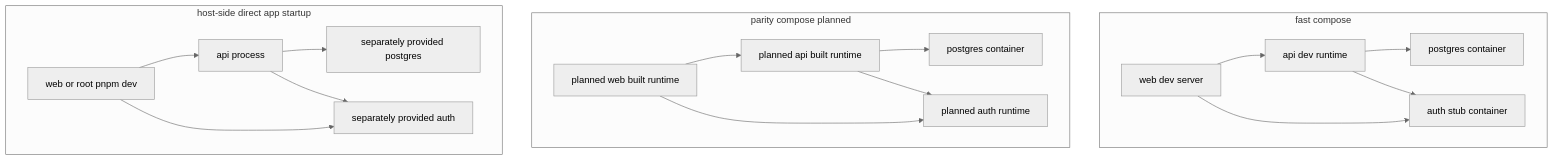
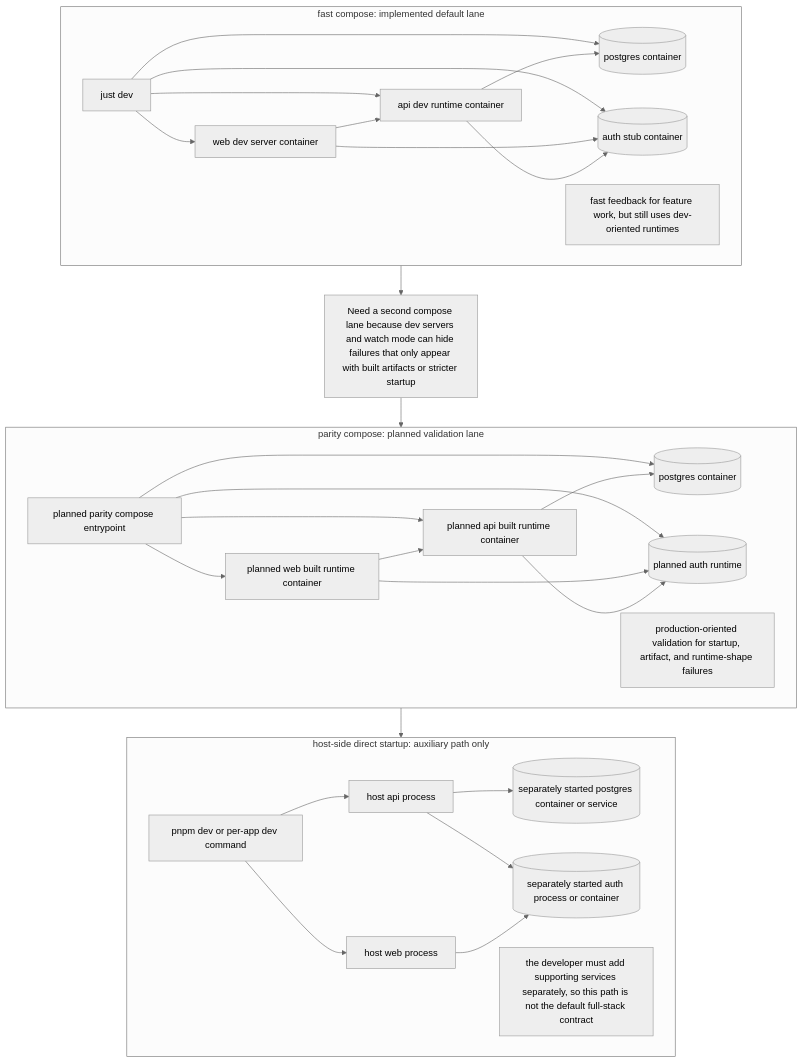
The diagram in docs/platform/local-execution-modes.md (focusbuddy-dev/focusbuddy), drawn with Mermaid (neutral theme) before and after one commit. The commit also changed other lines of this file and 1 other file, not shown here.

Commit message:
docs: clarify fast and parity lane guidance refs #111

````diff
--- a/docs/platform/local-execution-modes.md
+++ b/docs/platform/local-execution-modes.md
@@ -51,35 +65,58 @@
 ```mermaid
-flowchart TD
-    subgraph FC[fast compose]
-        FC_WEB[web dev server]
-        FC_API[api dev runtime]
-        FC_DB[postgres container]
-        FC_AUTH[auth stub container]
+flowchart TB
+    subgraph FC[fast compose: implemented default lane]
+        FC_ENTRY[just dev]
+        FC_WEB[web dev server container]
+        FC_API[api dev runtime container]
+        FC_DB[(postgres container)]
+        FC_AUTH[(auth stub container)]
+        FC_ENTRY --> FC_WEB
+        FC_ENTRY --> FC_API
+        FC_ENTRY --> FC_DB
+        FC_ENTRY --> FC_AUTH
         FC_WEB --> FC_API
         FC_API --> FC_DB
         FC_WEB --> FC_AUTH
         FC_API --> FC_AUTH
+        FC_NOTE[fast feedback for feature work, but still uses dev-oriented runtimes]
     end
 
-    subgraph PC[parity compose planned]
-        PC_WEB[planned web built runtime]
-        PC_API[planned api built runtime]
-        PC_DB[postgres container]
-        PC_AUTH[planned auth runtime]
+    FC --> GAP
+
+    GAP[Need a second compose lane because dev servers and watch mode can hide failures that only appear with built artifacts or stricter startup]
+
+    GAP --> PC
+
+    subgraph PC[parity compose: planned validation lane]
+        PC_ENTRY[planned parity compose entrypoint]
+        PC_WEB[planned web built runtime container]
+        PC_API[planned api built runtime container]
+        PC_DB[(postgres container)]
+        PC_AUTH[(planned auth runtime)]
+        PC_ENTRY --> PC_WEB
+        PC_ENTRY --> PC_API
+        PC_ENTRY --> PC_DB
+        PC_ENTRY --> PC_AUTH
         PC_WEB --> PC_API
         PC_API --> PC_DB
         PC_WEB --> PC_AUTH
         PC_API --> PC_AUTH
+        PC_NOTE[production-oriented validation for startup, artifact, and runtime-shape failures]
     end
 
-    subgraph HS[host-side direct app startup]
-        HS_WEB[web or root pnpm dev]
-        HS_API[api process]
-        HS_DB[separately provided postgres]
-        HS_AUTH[separately provided auth]
-        HS_WEB --> HS_API
+    PC --> HS
+
+    subgraph HS[host-side direct startup: auxiliary path only]
+        HS_ENTRY[pnpm dev or per-app dev command]
+        HS_WEB[host web process]
+        HS_API[host api process]
+        HS_DB[(separately started postgres container or service)]
+        HS_AUTH[(separately started auth process or container)]
+        HS_ENTRY --> HS_WEB
+        HS_ENTRY --> HS_API
         HS_API --> HS_DB
         HS_WEB --> HS_AUTH
         HS_API --> HS_AUTH
+        HS_NOTE[the developer must add supporting services separately, so this path is not the default full-stack contract]
     end
 ```
````
